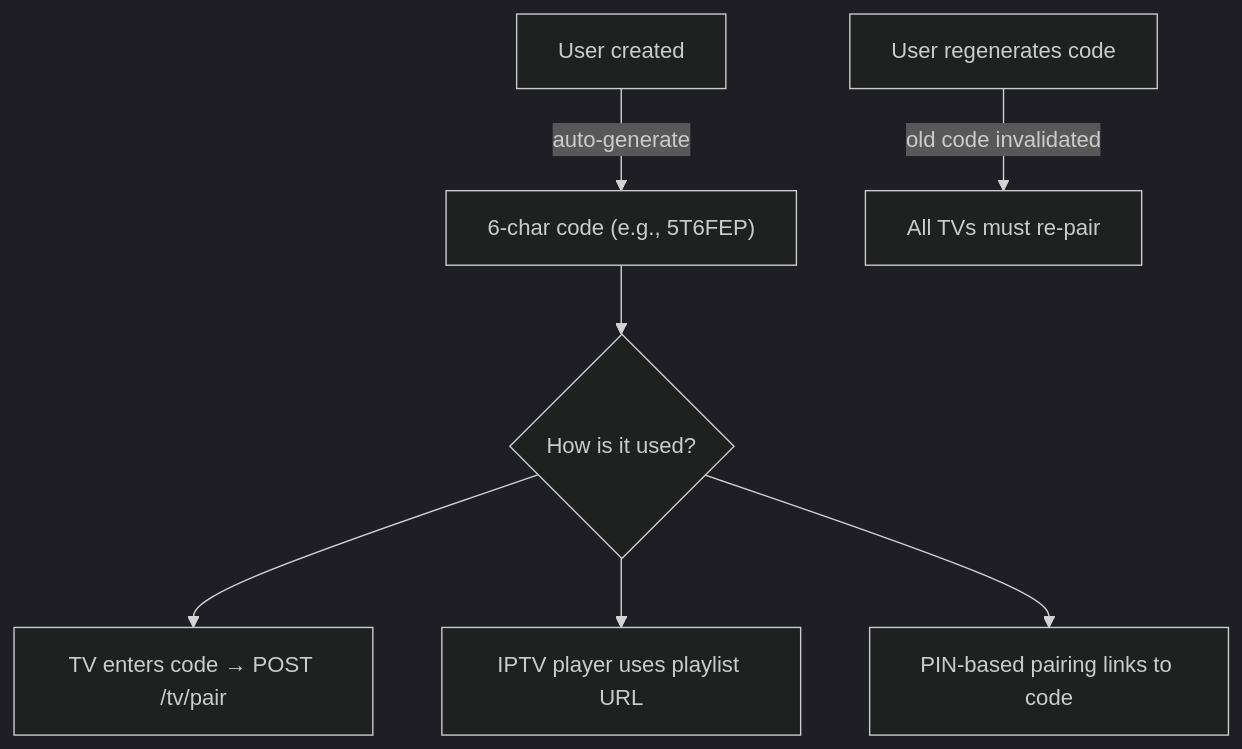
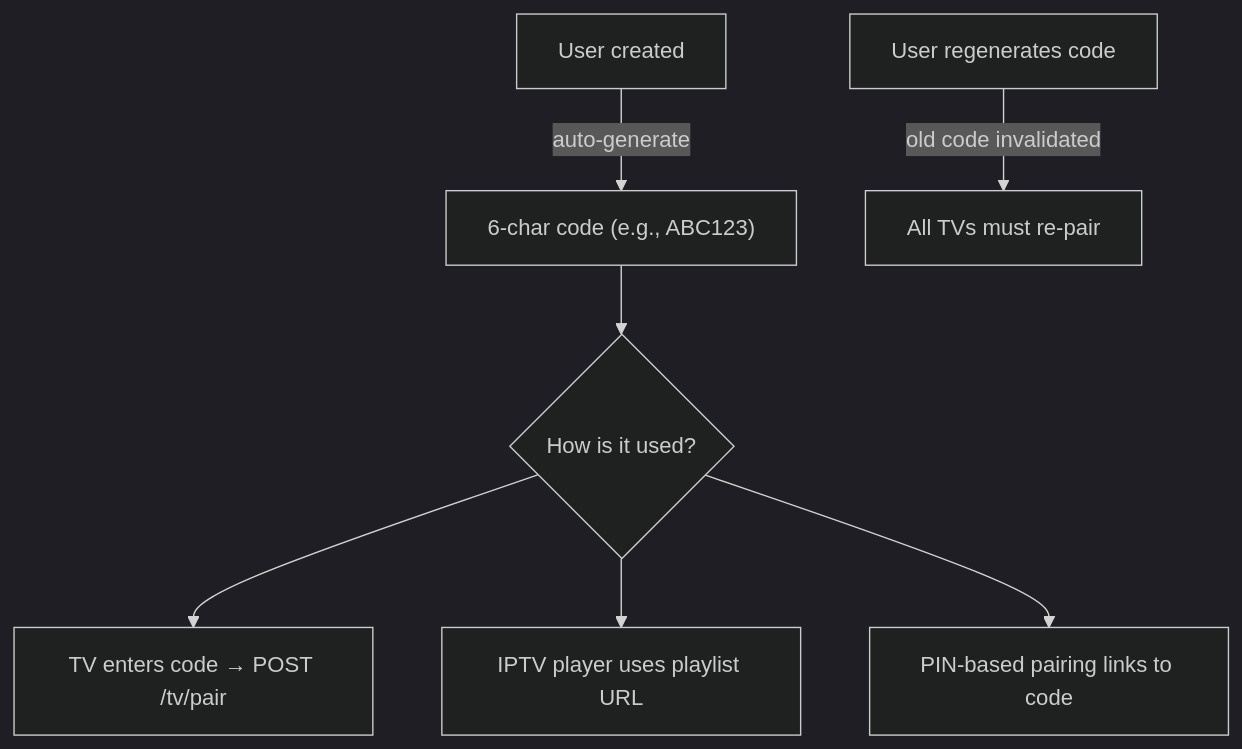
One commit to mostafabonnif-beep/dzhoot changed the diagram in server/docs/workflow/CHANNEL_LIST_CODE_SYSTEM.md. Above: the diagram before and after it, drawn with Mermaid (dark theme). The commit also changed other lines of this file and 9 other files, not shown here.

````diff
--- a/server/docs/workflow/CHANNEL_LIST_CODE_SYSTEM.md
+++ b/server/docs/workflow/CHANNEL_LIST_CODE_SYSTEM.md
@@ -7,10 +7,10 @@
 ```mermaid
 flowchart TD
-    A[User created] -->|auto-generate| B["6-char code (e.g., 5T6FEP)"]
+    A[User created] -->|auto-generate| B["6-char code (e.g., ABC123)"]
     B --> C{How is it used?}
     C --> D["TV enters code → POST /tv/pair"]
     C --> E["IPTV player uses playlist URL"]
     C --> F["PIN-based pairing links to code"]
 
     G["User regenerates code"] -->|old code invalidated| H["All TVs must re-pair"]
 ```
````
